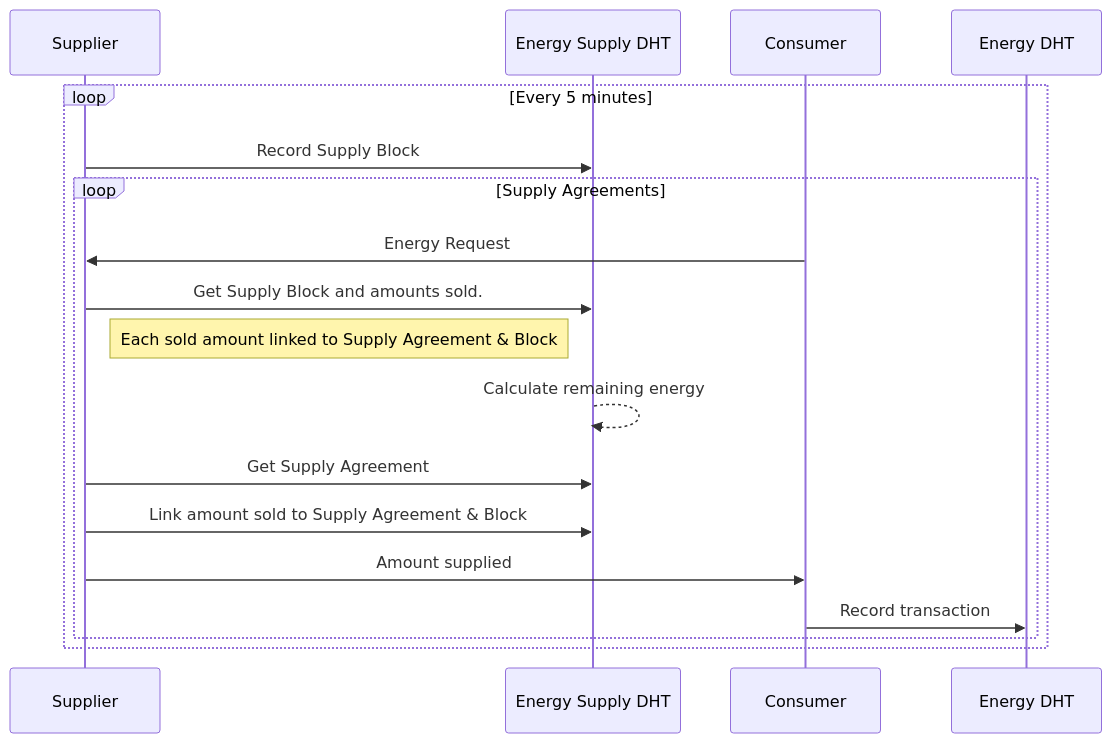
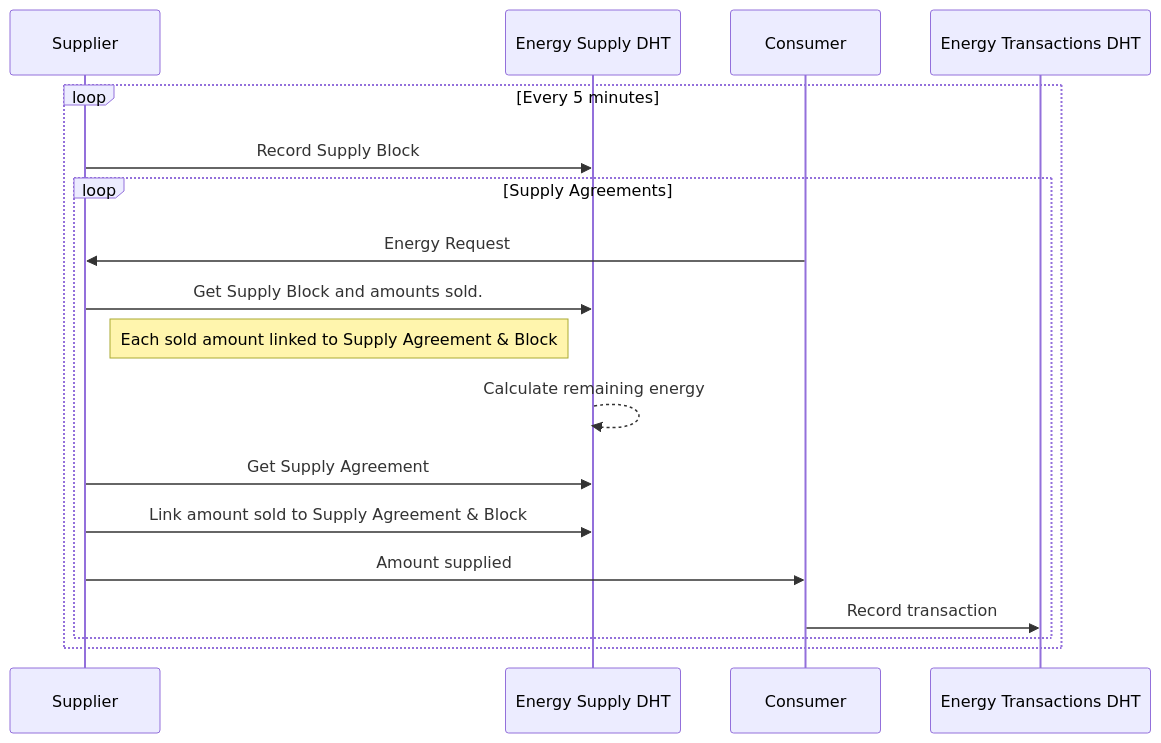
The diagram in markdown/ecogrid-transactions.md (ioen-tech/Protocol), drawn with Mermaid before and after one commit. The commit also changed 3 other files, not shown here.

````diff
--- a/markdown/ecogrid-transactions.md
+++ b/markdown/ecogrid-transactions.md
@@ -6,16 +6,16 @@
 ``` mermaid
   sequenceDiagram
     loop Every 5 minutes
       Supplier->>Energy Supply DHT: Record Supply Block
       loop Supply Agreements
         Consumer->>Supplier: Energy Request
         Supplier->>Energy Supply DHT: Get Supply Block and amounts sold.
         Note right of Supplier: Each sold amount linked to Supply Agreement & Block
         Energy Supply DHT-->>Energy Supply DHT: Calculate remaining energy
         Supplier->>Energy Supply DHT: Get Supply Agreement
         Supplier->>Energy Supply DHT: Link amount sold to Supply Agreement & Block
         Supplier->>Consumer: Amount supplied
-        Consumer->>Energy DHT: Record transaction
+        Consumer->>Energy Transactions DHT: Record transaction
       end
     end
 ```
````
